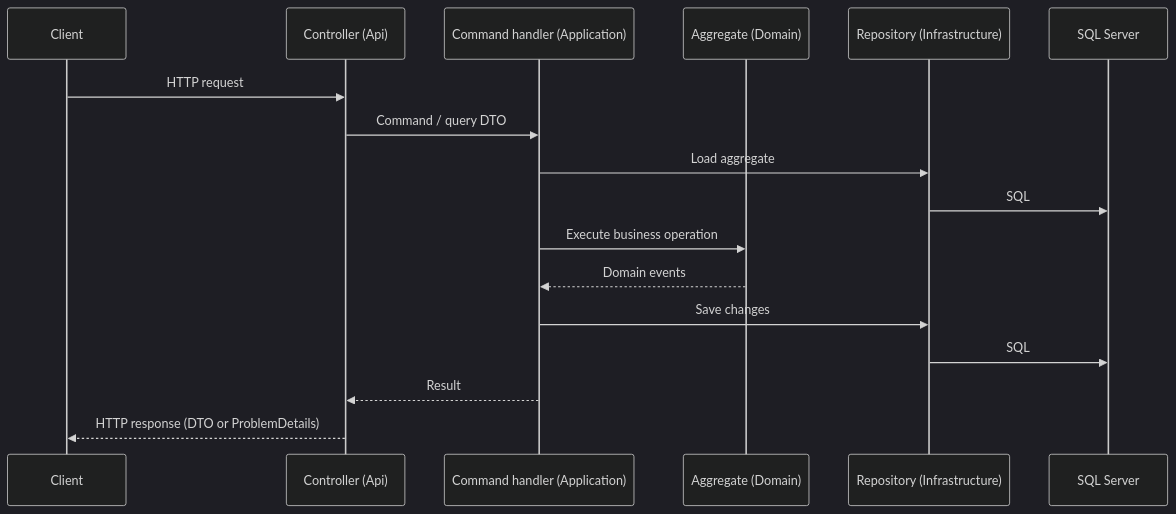
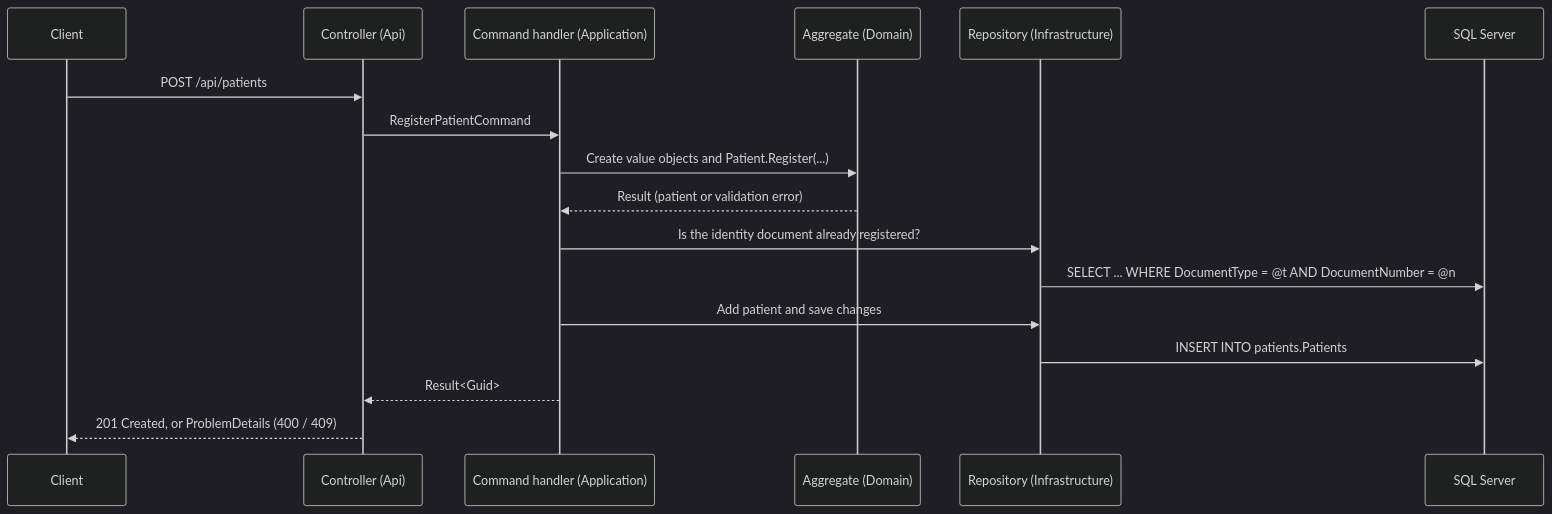
The third of 3 diagrams in docs/architecture/overview.md (xXAPJXx/HospitalCore), drawn with Mermaid (dark theme) before and after one commit. The commit also changed other lines of this file and 60 other files, not shown here.

First line of the commit message:
feat(patients): register and get patients (#3)

````diff
--- a/docs/architecture/overview.md
+++ b/docs/architecture/overview.md
@@ -67,20 +69,20 @@
 ```mermaid
 sequenceDiagram
     participant C as Client
     participant Ctl as Controller (Api)
     participant H as Command handler (Application)
     participant D as Aggregate (Domain)
     participant R as Repository (Infrastructure)
     participant DB as SQL Server
 
-    C->>Ctl: HTTP request
-    Ctl->>H: Command / query DTO
-    H->>R: Load aggregate
-    R->>DB: SQL
-    H->>D: Execute business operation
-    D-->>H: Domain events
-    H->>R: Save changes
-    R->>DB: SQL
-    H-->>Ctl: Result
-    Ctl-->>C: HTTP response (DTO or ProblemDetails)
+    C->>Ctl: POST /api/patients
+    Ctl->>H: RegisterPatientCommand
+    H->>D: Create value objects and Patient.Register(...)
+    D-->>H: Result (patient or validation error)
+    H->>R: Is the identity document already registered?
+    R->>DB: SELECT ... WHERE DocumentType = @t AND DocumentNumber = @n
+    H->>R: Add patient and save changes
+    R->>DB: INSERT INTO patients.Patients
+    H-->>Ctl: Result<Guid>
+    Ctl-->>C: 201 Created, or ProblemDetails (400 / 409)
 ```
````
